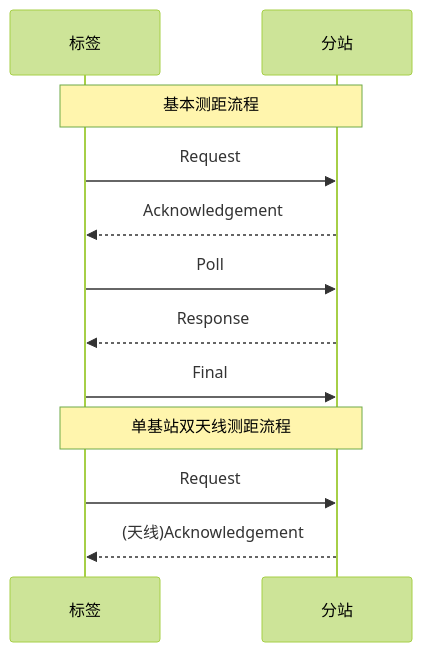
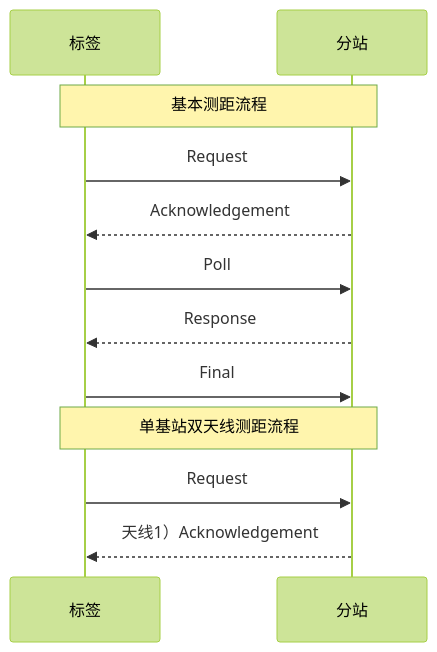
Before and after one commit to geek-zhao/iodraw-files: the diagram in all/未命名.md, drawn with Mermaid (forest theme).

Commit message:
2024-08-17 14:05:30 update

````diff
--- a/all/未命名.md
+++ b/all/未命名.md
@@ -1,20 +1,20 @@
 ```mermaid
 sequenceDiagram
     participant tag as 标签
     participant anchor as 分站
 
     Note over tag,anchor: 基本测距流程
 
     tag->>anchor: Request
     anchor-->>tag: Acknowledgement
     tag->>anchor: Poll
     anchor-->>tag: Response
     tag->>anchor: Final       
 
     Note over tag,anchor: 单基站双天线测距流程
 
     tag->>anchor: Request
-    anchor-->>tag: (天线)Acknowledgement
+    anchor-->>tag: 天线1）Acknowledgement
 
 
 ```
````
